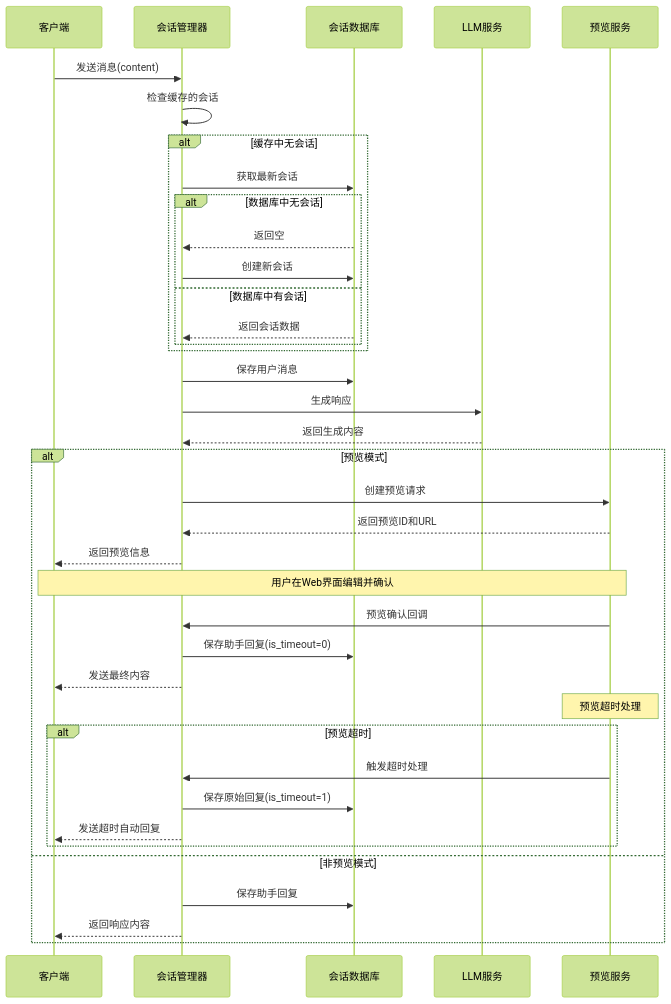
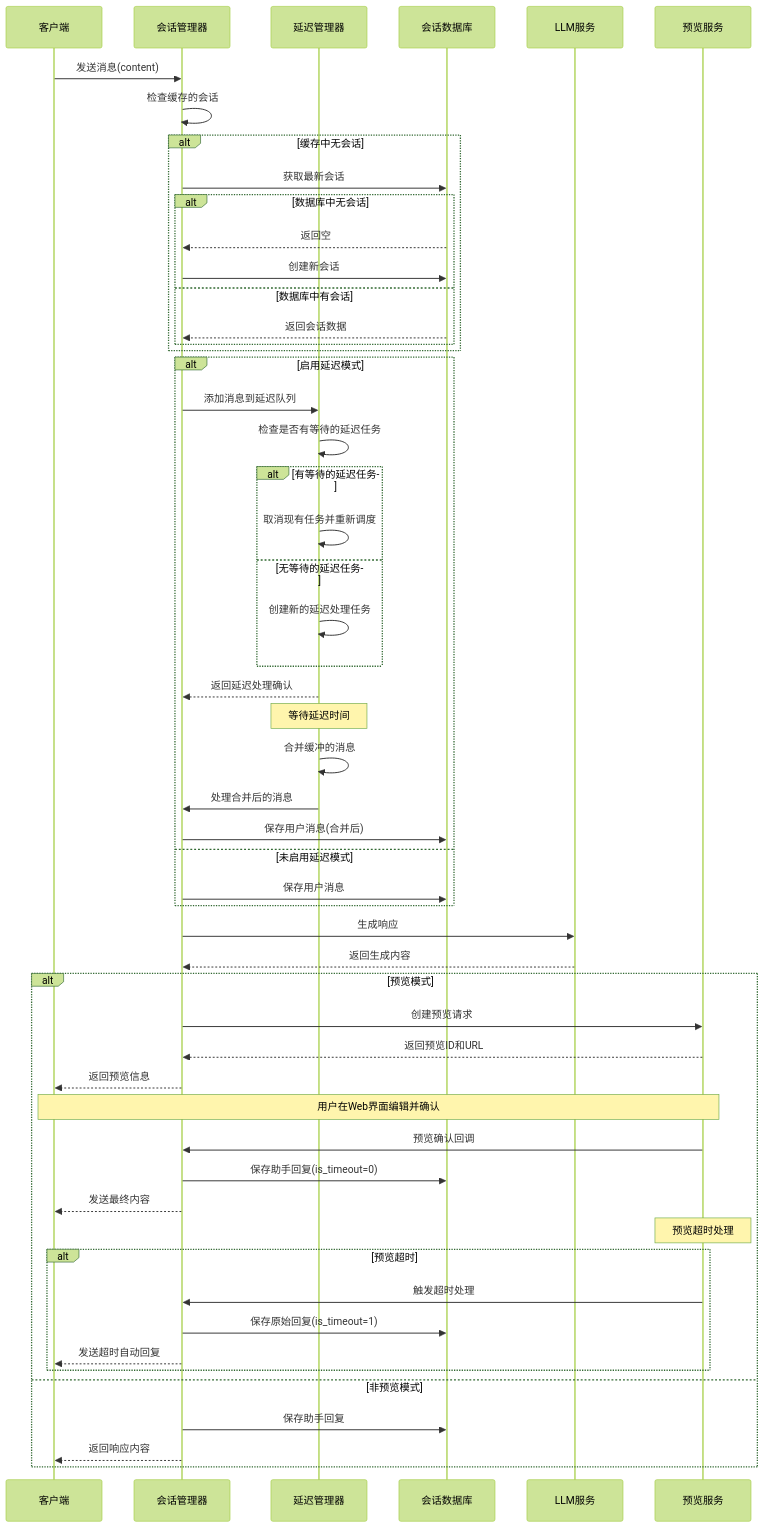
One commit to eogee/any4any changed the first of 4 diagrams in docs/会话管理系统说明文档.md. Above: the diagram before and after it, drawn with Mermaid (forest theme). The commit also changed other lines of this file and 1 other file, not shown here.

````diff
--- a/docs/会话管理系统说明文档.md
+++ b/docs/会话管理系统说明文档.md
@@ -28,44 +30,63 @@
 ```mermaid
 sequenceDiagram
     participant Client as 客户端
     participant CM as 会话管理器
+    participant DM as 延迟管理器
     participant DB as 会话数据库
     participant LLM as LLM服务
     participant PS as 预览服务
     
     Client->>CM: 发送消息(content)
     CM->>CM: 检查缓存的会话
     alt 缓存中无会话
         CM->>DB: 获取最新会话
         alt 数据库中无会话
             DB-->>CM: 返回空
             CM->>DB: 创建新会话
         else 数据库中有会话
             DB-->>CM: 返回会话数据
         end
     end
-    CM->>DB: 保存用户消息
+    
+    alt 启用延迟模式
+        CM->>DM: 添加消息到延迟队列
+        DM->>DM: 检查是否有等待的延迟任务
+        alt 有等待的延迟任务
+            DM->>DM: 取消现有任务并重新调度
+        else 无等待的延迟任务
+            DM->>DM: 创建新的延迟处理任务
+        end
+        DM-->>CM: 返回延迟处理确认
+        
+        Note over DM: 等待延迟时间
+        DM->>DM: 合并缓冲的消息
+        DM->>CM: 处理合并后的消息
+        CM->>DB: 保存用户消息(合并后)
+    else 未启用延迟模式
+        CM->>DB: 保存用户消息
+    end
+    
     CM->>LLM: 生成响应
     LLM-->>CM: 返回生成内容
     
     alt 预览模式
         CM->>PS: 创建预览请求
         PS-->>CM: 返回预览ID和URL
         CM-->>Client: 返回预览信息
         
         Note over Client,PS: 用户在Web界面编辑并确认
         PS->>CM: 预览确认回调
         CM->>DB: 保存助手回复(is_timeout=0)
         CM-->>Client: 发送最终内容
         
         Note over PS: 预览超时处理
         alt 预览超时
             PS->>CM: 触发超时处理
             CM->>DB: 保存原始回复(is_timeout=1)
             CM-->>Client: 发送超时自动回复
         end
     else 非预览模式
         CM->>DB: 保存助手回复
         CM-->>Client: 返回响应内容
     end
 ```
````
